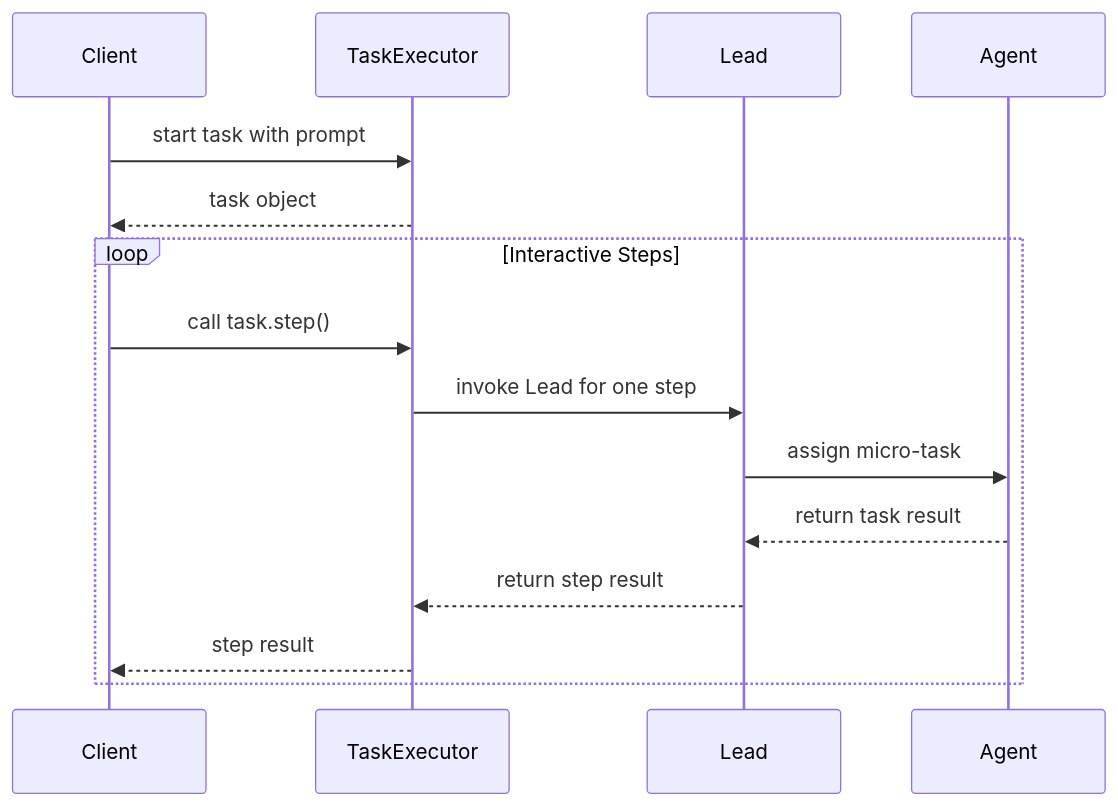
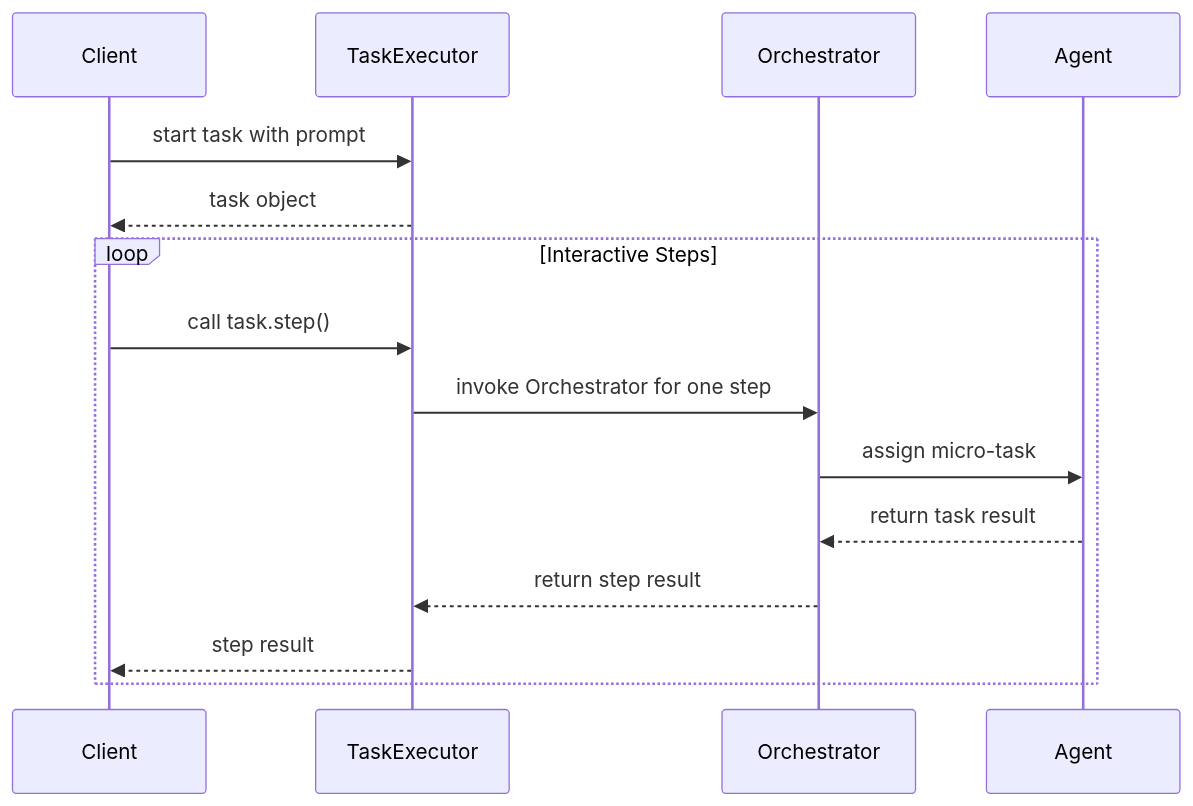
One commit to dustland/agentx changed the fourth of 5 diagrams in docs/content/docs/design/overview.mdx. Above: the diagram before and after it, drawn with Mermaid. The commit also changed other lines of this file and 20 other files, not shown here.

First line of the commit message:
refactor: rename Lead to Orchestrator and update related documentation

````diff
--- a/docs/content/docs/design/overview.mdx
+++ b/docs/content/docs/design/overview.mdx
@@ -213,19 +213,19 @@
 ```mermaid
 sequenceDiagram
     participant C as Client
     participant TX as TaskExecutor
-    participant L as Lead
+    participant L as Orchestrator
     participant AG as Agent
 
     C->>TX: start task with prompt
     TX-->>C: task object
 
     loop Interactive Steps
         C->>TX: call task.step()
-        TX->>L: invoke Lead for one step
+        TX->>L: invoke Orchestrator for one step
         L->>AG: assign micro-task
         AG-->>L: return task result
         L-->>TX: return step result
         TX-->>C: step result
     end
 ```
````
